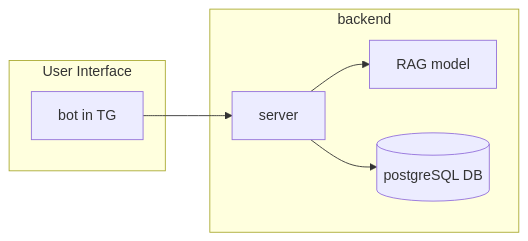
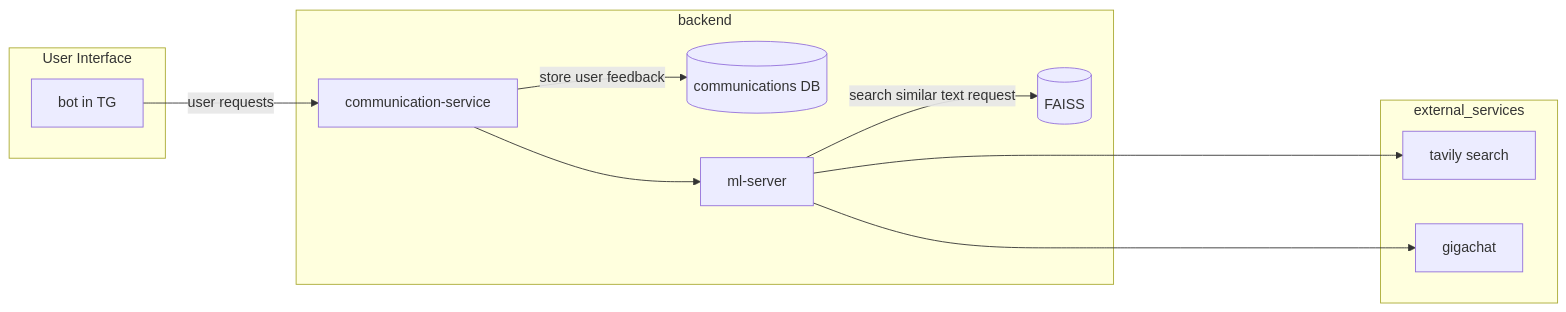
Before and after one commit to Ed-Isakov/Tourist_agency_consultant: the diagram in README.md, drawn with Mermaid. The commit also changed other lines of this file, not shown here.

````diff
--- a/README.md
+++ b/README.md
@@ -87,16 +87,28 @@
 ```mermaid
+
 flowchart LR
     subgraph User Interface
         tg_bot["bot in TG"]
     end
 
-    subgraph backend
-        server["server"]
-        rag_model["RAG model"]
-        postgresql_db[("postgreSQL DB")]
+    subgraph external_services
+        tavily_search["tavily search"]
+        gigachat["gigachat"]
     end
 
-    tg_bot --> server
-    server --> rag_model
-    server --> postgresql_db
+    subgraph backend
+        communication_server["communication-service"]
+        postgresql_db[("communications DB")]
+        ml_server["ml-server"]
+        faiss[("FAISS")]
+    end
+
+    tg_bot -->|user requests| communication_server
+    communication_server --> ml_server
+    ml_server -->|search similar text request| faiss
+
+    ml_server --------> tavily_search
+    ml_server --> gigachat
+    communication_server -->|store user feedback| postgresql_db
+
 ```
````
